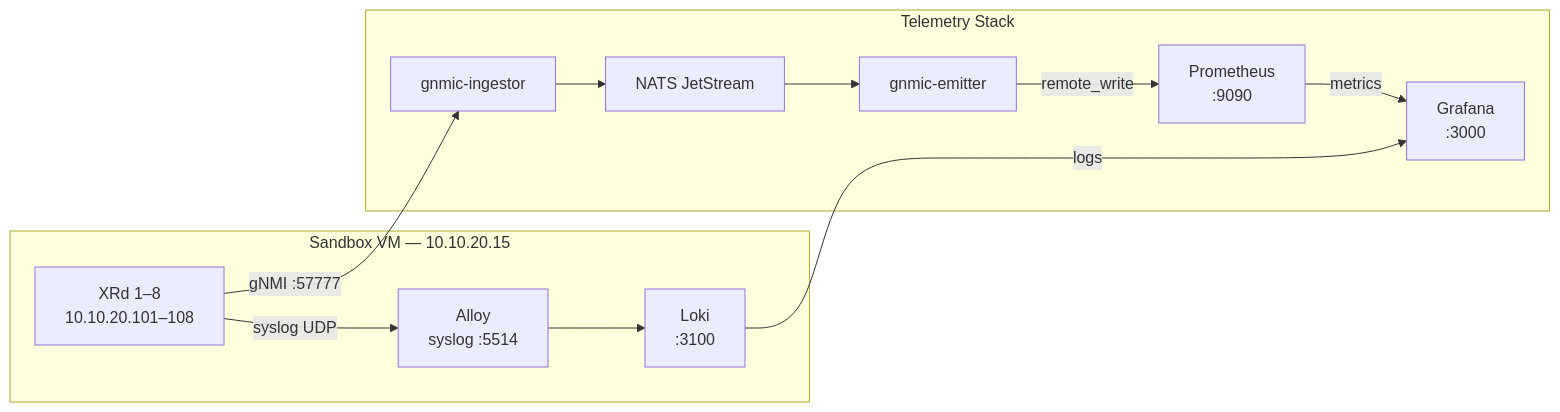
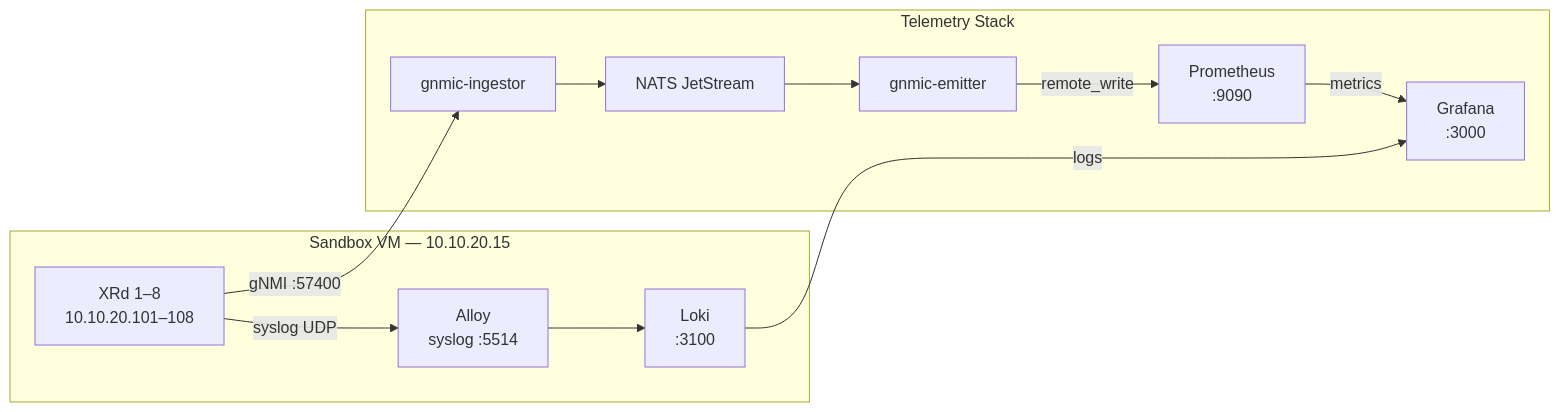
One commit to jillesca/xrd-observability-stack changed the first of 2 diagrams in README.md. Above: the diagram before and after it, drawn with Mermaid. The commit also changed other lines of this file and 3 other files, not shown here.

````diff
--- a/README.md
+++ b/README.md
@@ -23,22 +23,22 @@
 ```mermaid
 flowchart LR
     subgraph vm["Sandbox VM — 10.10.20.15"]
         xrd["XRd 1–8<br/>10.10.20.101–108"]
         alloy["Alloy<br/>syslog :5514"]
         loki["Loki<br/>:3100"]
         xrd -->|syslog UDP| alloy --> loki
     end
 
     subgraph stack["Telemetry Stack"]
         ingestor["gnmic-ingestor"]
         nats["NATS JetStream"]
         emitter["gnmic-emitter"]
         prom["Prometheus<br/>:9090"]
         graf["Grafana<br/>:3000"]
     end
 
-    xrd -->|"gNMI :57777"| ingestor
+    xrd -->|"gNMI :57400"| ingestor
     ingestor --> nats --> emitter -->|remote_write| prom
     prom -->|metrics| graf
     loki -->|logs| graf
 ```
````
